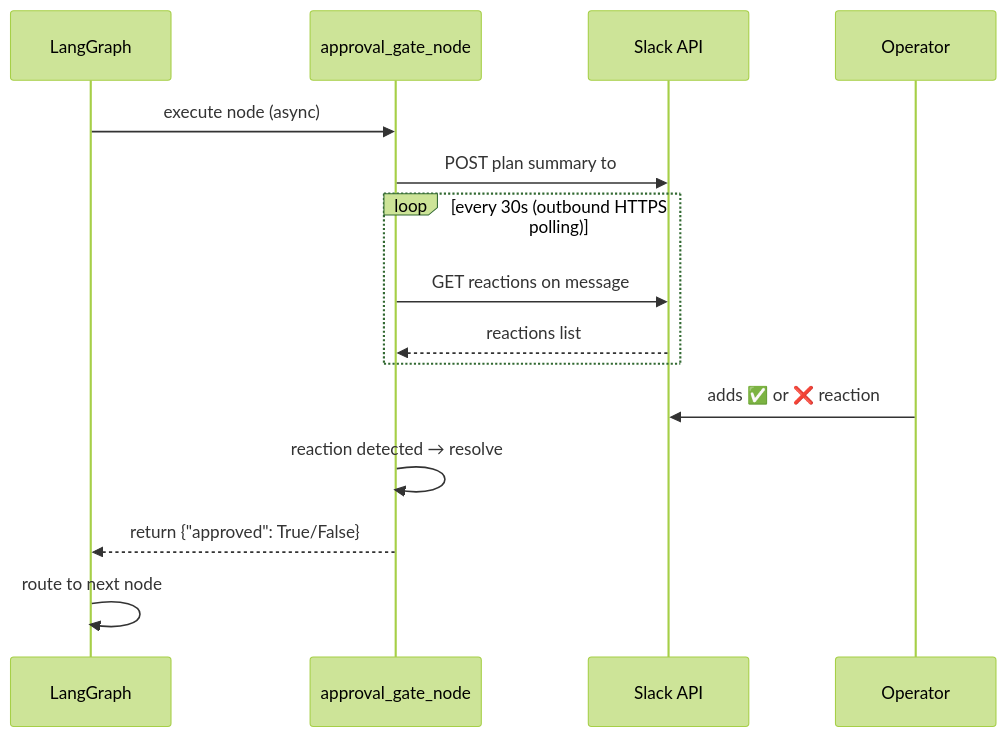
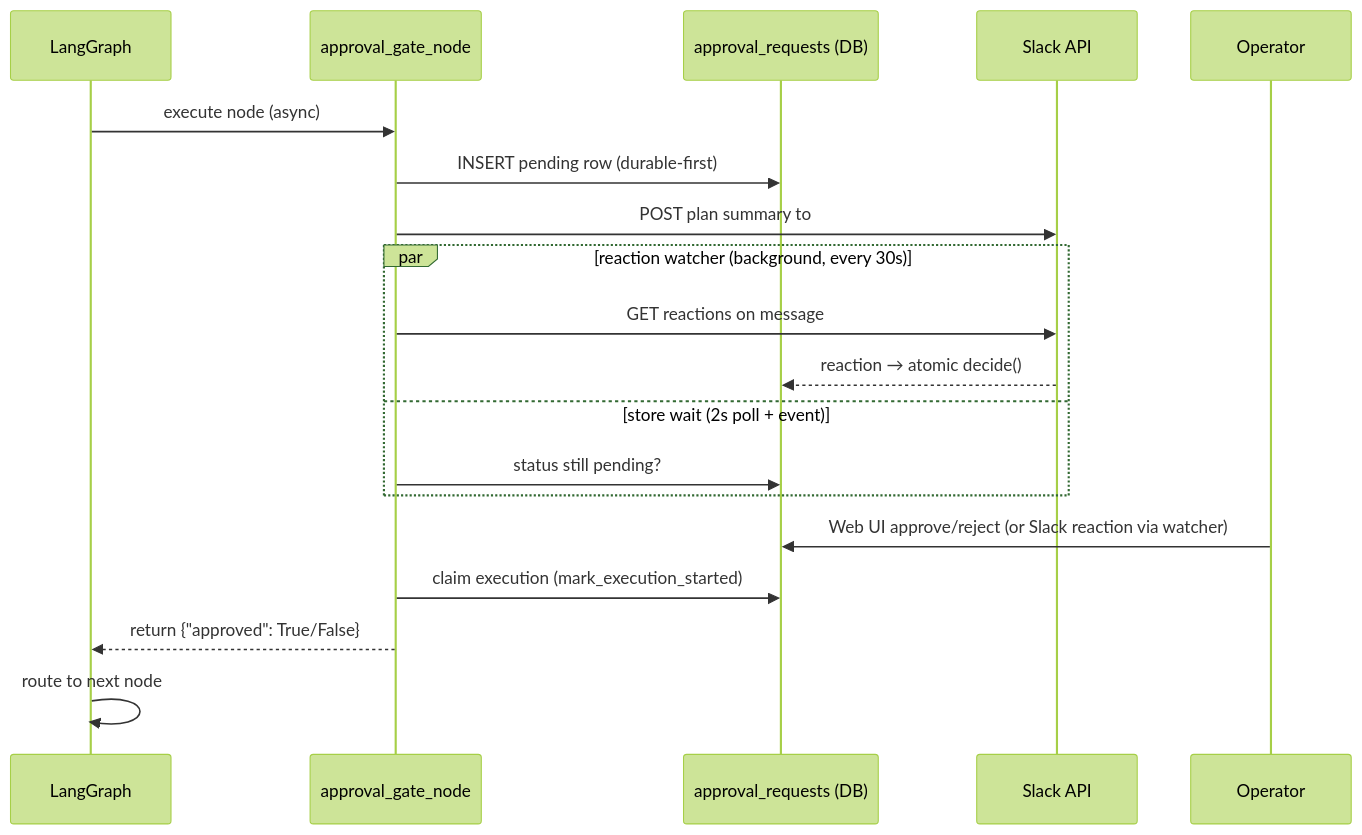
The fifth of 6 diagrams in docs/langgraph-primer.md (psc0des/Errander-AI), drawn with Mermaid (forest theme) before and after one commit. The commit also changed other lines of this file and 33 other files, not shown here.

Commit message:
feat: durable approval_requests store + restart reconciler (8d step 2)

````diff
--- a/docs/langgraph-primer.md
+++ b/docs/langgraph-primer.md
@@ -299,18 +304,22 @@
 ```mermaid
 sequenceDiagram
     participant Graph as LangGraph
     participant Gate as approval_gate_node
+    participant Store as approval_requests (DB)
     participant Slack as Slack API
     participant Human as Operator
 
     Graph->>Gate: execute node (async)
+    Gate->>Store: INSERT pending row (durable-first)
     Gate->>Slack: POST plan summary to #errander-approvals
-    loop every 30s (outbound HTTPS polling)
+    par reaction watcher (background, every 30s)
         Gate->>Slack: GET reactions on message
-        Slack-->>Gate: reactions list
+        Slack-->>Store: reaction → atomic decide()
+    and store wait (2s poll + event)
+        Gate->>Store: status still pending?
     end
-    Human->>Slack: adds ✅ or ❌ reaction
-    Gate->>Gate: reaction detected → resolve
+    Human->>Store: Web UI approve/reject (or Slack reaction via watcher)
+    Gate->>Store: claim execution (mark_execution_started)
     Gate-->>Graph: return {"approved": True/False}
     Graph->>Graph: route to next node
 ```
````
